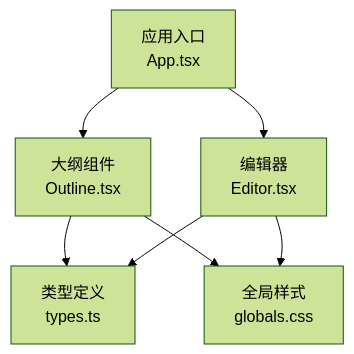
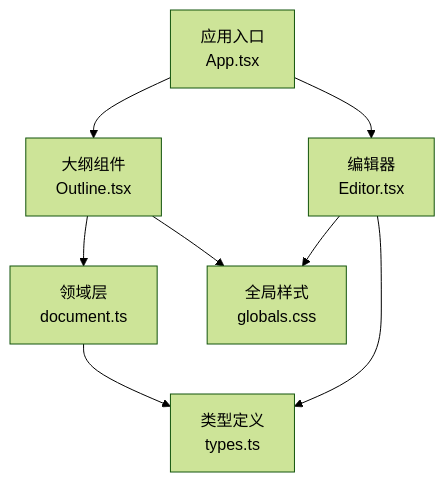
One commit to gongshiyun/ZenNote changed the first of 10 diagrams in .qoder/repowiki/zh/content/核心组件/大纲组件.md. Above: the diagram before and after it, drawn with Mermaid (forest theme). The commit also changed other lines of this file and 88 other files, not shown here.

````diff
--- a/.qoder/repowiki/zh/content/核心组件/大纲组件.md
+++ b/.qoder/repowiki/zh/content/核心组件/大纲组件.md
@@ -34,9 +47,10 @@
 ```mermaid
 graph TB
 App["应用入口<br/>App.tsx"] --> Editor["编辑器<br/>Editor.tsx"]
 App --> Outline["大纲组件<br/>Outline.tsx"]
-Outline --> Types["类型定义<br/>types.ts"]
+Outline --> Domain["领域层<br/>document.ts"]
+Domain --> Types["类型定义<br/>types.ts"]
 Outline --> Styles["全局样式<br/>globals.css"]
 Editor --> Types
 Editor --> Styles
 ```
````
